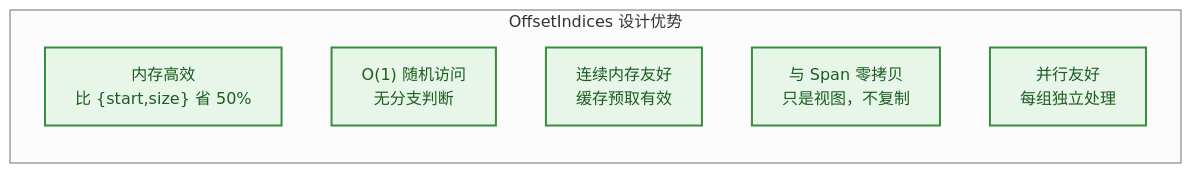
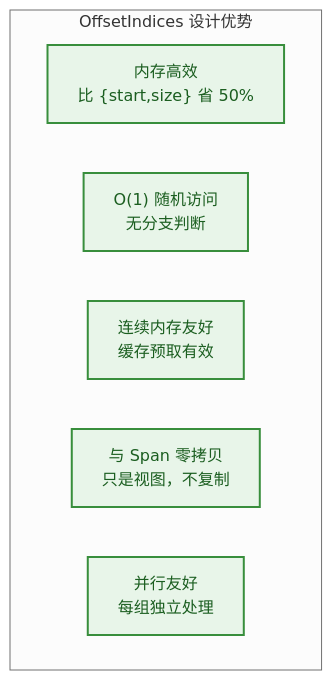
The tenth of 10 diagrams in 杂/markdown/学习节点/基础库/12_OffsetIndices_深度解析.md (yunkezengren/blender-.vscode), drawn with Mermaid (neutral theme) before and after one commit. The commit also changed other lines of this file and 1 other file, not shown here.

````diff
--- a/杂/markdown/学习节点/基础库/12_OffsetIndices_深度解析.md
+++ b/杂/markdown/学习节点/基础库/12_OffsetIndices_深度解析.md
@@ -655,16 +683,16 @@
 ```mermaid
-flowchart LR
+flowchart TB
     subgraph 优势["OffsetIndices 设计优势"]
         A1["内存高效<br/>比 {start,size} 省 50%"] 
         A2["O(1) 随机访问<br/>无分支判断"]
         A3["连续内存友好<br/>缓存预取有效"]
         A4["与 Span 零拷贝<br/>只是视图，不复制"]
         A5["并行友好<br/>每组独立处理"]
     end
 
     style A1 fill:#e8f5e9,stroke:#388e3c,stroke-width:2px,color:#1b5e20
     style A2 fill:#e8f5e9,stroke:#388e3c,stroke-width:2px,color:#1b5e20
     style A3 fill:#e8f5e9,stroke:#388e3c,stroke-width:2px,color:#1b5e20
     style A4 fill:#e8f5e9,stroke:#388e3c,stroke-width:2px,color:#1b5e20
     style A5 fill:#e8f5e9,stroke:#388e3c,stroke-width:2px,color:#1b5e20
 ```
````
